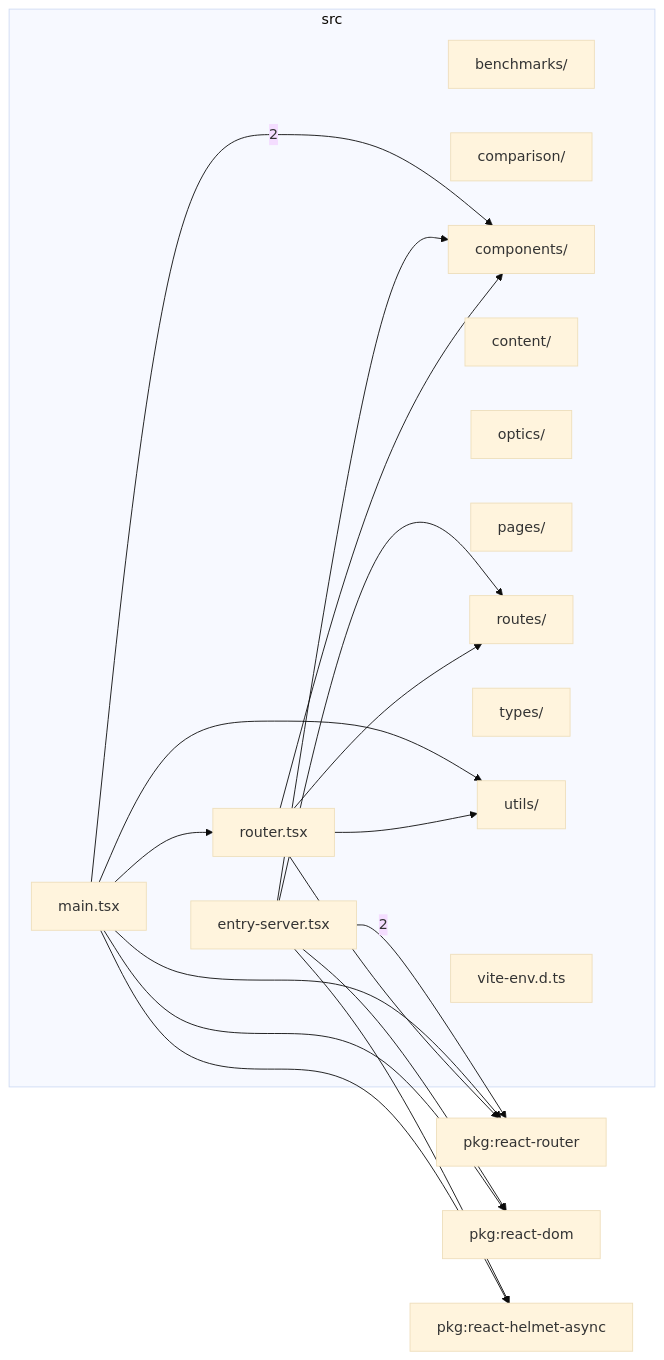
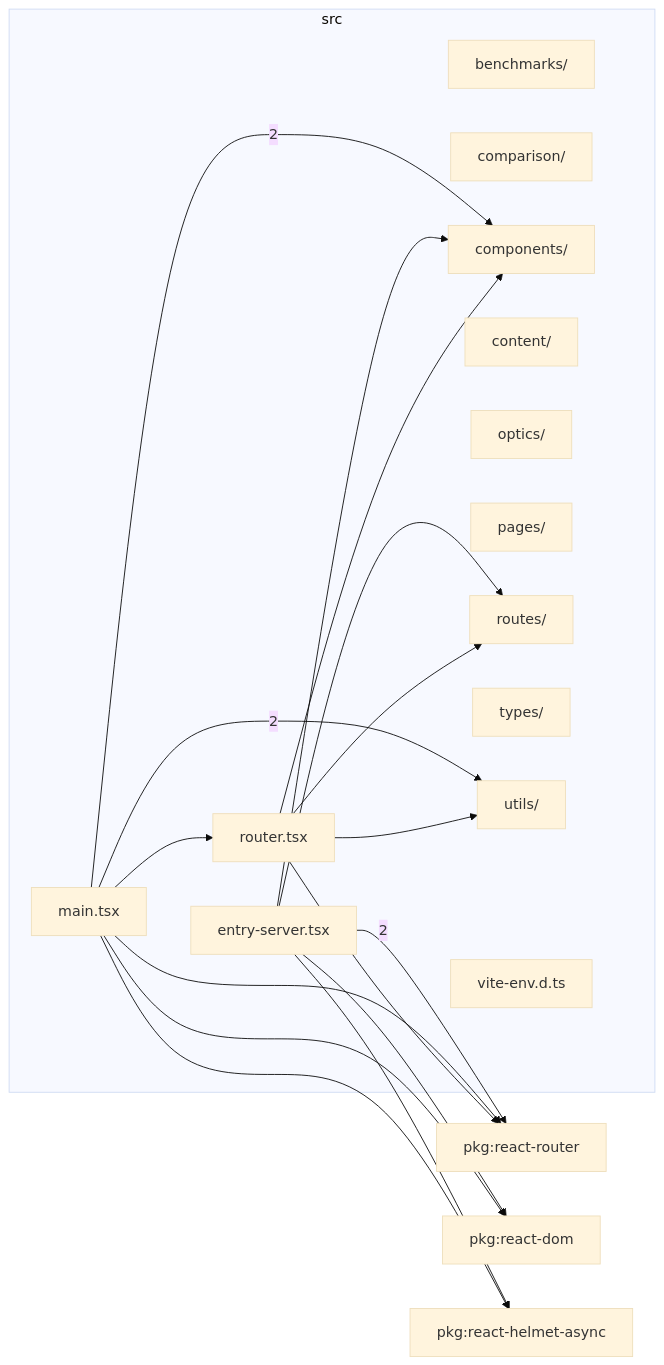
Before and after one commit to ronbuening/LensVisualizer: the diagram in src/readme.md, drawn with Mermaid (base theme). The commit also changed other lines of this file and 13 other files, not shown here.

````diff
--- a/src/readme.md
+++ b/src/readme.md
@@ -9,36 +9,36 @@
 ```mermaid
 flowchart LR
   subgraph n_src["src"]
     n_src_src_benchmarks["benchmarks/"]
     n_src_src_comparison["comparison/"]
     n_src_src_components["components/"]
     n_src_src_content["content/"]
     n_src_src_optics["optics/"]
     n_src_src_pages["pages/"]
     n_src_src_routes["routes/"]
     n_src_src_types["types/"]
     n_src_src_utils["utils/"]
     n_src_src_entry_server_tsx["entry-server.tsx"]
     n_src_src_main_tsx["main.tsx"]
     n_src_src_router_tsx["router.tsx"]
     n_src_src_vite_env_d_ts["vite-env.d.ts"]
   end
   n_external_pkg_react_router["pkg:react-router"]
   n_external_pkg_react_dom["pkg:react-dom"]
   n_external_pkg_react_helmet_async["pkg:react-helmet-async"]
   n_src_src_entry_server_tsx --> |2| n_external_pkg_react_router
   n_src_src_main_tsx --> |2| n_src_src_components
+  n_src_src_main_tsx --> |2| n_src_src_utils
   n_src_src_entry_server_tsx --> n_external_pkg_react_dom
   n_src_src_main_tsx --> n_external_pkg_react_dom
   n_src_src_entry_server_tsx --> n_external_pkg_react_helmet_async
   n_src_src_main_tsx --> n_external_pkg_react_helmet_async
   n_src_src_main_tsx --> n_external_pkg_react_router
   n_src_src_router_tsx --> n_external_pkg_react_router
   n_src_src_entry_server_tsx --> n_src_src_components
   n_src_src_router_tsx --> n_src_src_components
   n_src_src_main_tsx --> n_src_src_router_tsx
   n_src_src_entry_server_tsx --> n_src_src_routes
   n_src_src_router_tsx --> n_src_src_routes
-  n_src_src_main_tsx --> n_src_src_utils
   n_src_src_router_tsx --> n_src_src_utils
 ```
````
